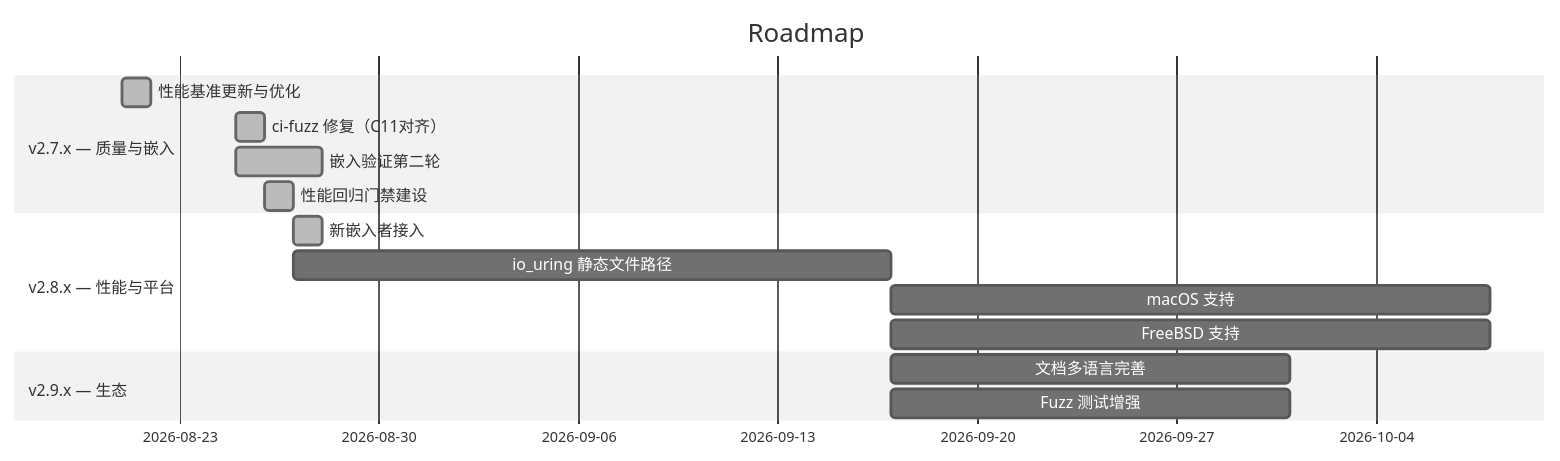
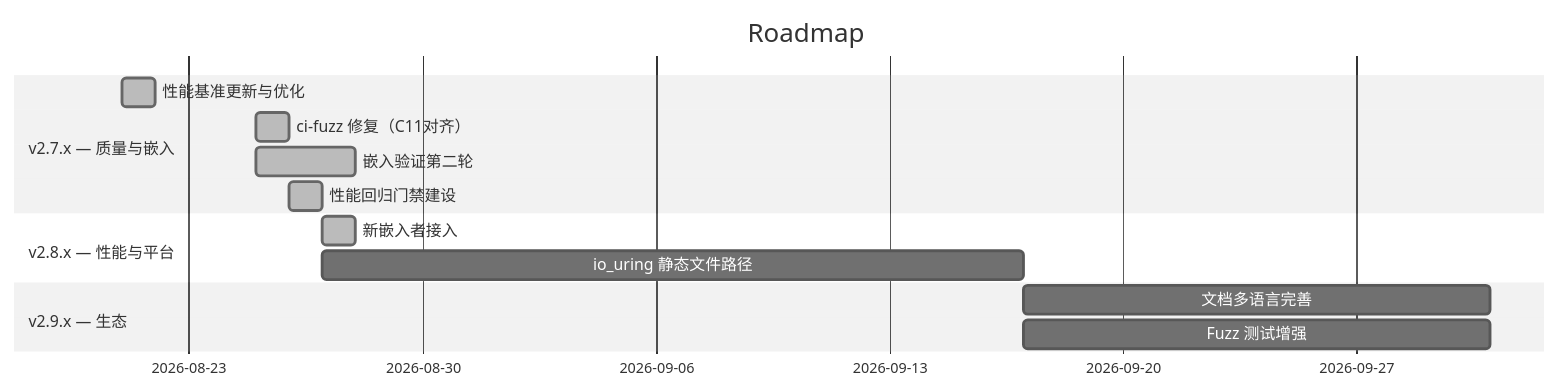
Before and after one commit to adam-ikari/uvhttp: the diagram in brain/roadmap.md, drawn with Mermaid (neutral theme). The commit also changed other lines of this file, not shown here.

Commit message:
docs: roadmap — macOS/FreeBSD 最低优先级，无排期

````diff
--- a/brain/roadmap.md
+++ b/brain/roadmap.md
@@ -12,18 +12,16 @@
 ```mermaid
 gantt
   title Roadmap
   dateFormat YYYY-MM-DD
   section v2.7.x — 质量与嵌入
   性能基准更新与优化        :done, b1, 2026-08-21, 1d
   ci-fuzz 修复（C11对齐）  :done, b1b, 2026-08-25, 1d
   嵌入验证第二轮            :done, a3, 2026-08-25, 3d
   性能回归门禁建设          :done, b0, 2026-08-26, 1d
   section v2.8.x — 性能与平台
   新嵌入者接入              :done, a4, 2026-08-27, 1d
   io_uring 静态文件路径     :b2, after b0, 21d
-  macOS 支持               :c2, after b2, 21d
-  FreeBSD 支持             :c3, after b2, 21d
   section v2.9.x — 生态
   文档多语言完善            :c1, after b2, 14d
   Fuzz 测试增强            :c4, after b2, 14d
 ```
````
